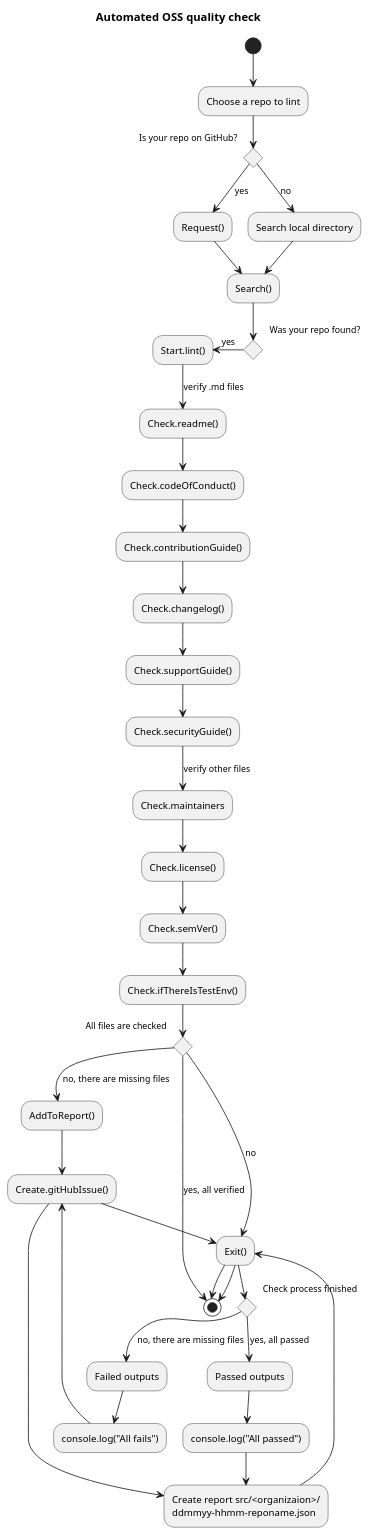
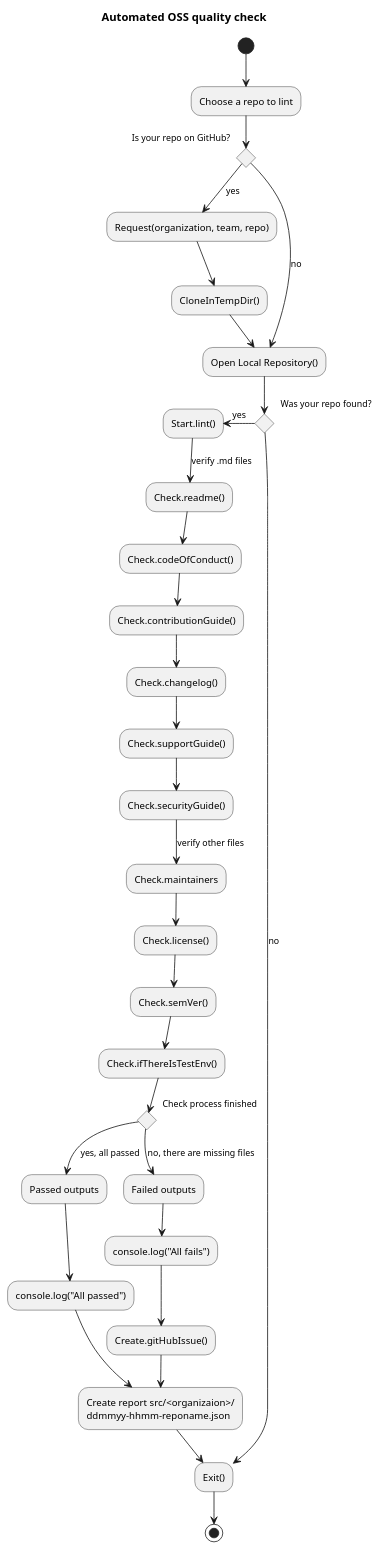
The diagram in diagrams/activity.puml (saucelabs/check-my-repo), drawn with PlantUML before and after one commit.

Commit message:
Adapt privious code to add new part

```diff
--- a/diagrams/activity.puml
+++ b/diagrams/activity.puml
@@ -1,51 +1,44 @@
 @startuml
 title Automated OSS quality check
 
 (*) --> "Choose a repo to lint"
 
 if "Is your repo on GitHub?" then
-  -->[yes] "Request()"
-  --> "Search()"
+  -->[yes] Request(organization, team, repo)
+  --> CloneInTempDir()
+  --> Open Local Repository()
   else
-    -->[no] "Search local directory"
-    --> "Search()"
+    -->[no] Open Local Repository()
 endif
 
 if "Was your repo found?" then
-  -left->[yes] "Start.lint()"
-    --> [verify .md files] "Check.readme()"
-    --> "Check.codeOfConduct()"
-    --> "Check.contributionGuide()"
-    --> "Check.changelog()"
-    --> "Check.supportGuide()"
-    --> "Check.securityGuide()"
-    --> [verify other files] "Check.maintainers"
-    --> "Check.license()"
-    --> "Check.semVer()"
-    --> "Check.ifThereIsTestEnv()"
-    if "All files are checked" then
-      -->[yes, all verified](*)
-      else
-      -->[no, there are missing files] "AddToReport()"
-      --> "Create.gitHubIssue()"
-      --> "Exit()"
+  -left->[yes] Start.lint()
+    --> [verify .md files] Check.readme()
+    --> Check.codeOfConduct()
+    --> Check.contributionGuide()
+    --> Check.changelog()
+    --> Check.supportGuide()
+    --> Check.securityGuide()
+    --> [verify other files] Check.maintainers
+    --> Check.license()
+    --> Check.semVer()
+    --> Check.ifThereIsTestEnv()
 
     if "Check process finished" then
       -->[yes, all passed] Passed outputs
       --> console.log("All passed")
       --> "Create report src/<organizaion>/
           ddmmyy-hhmm-reponame.json"
         else
           -->[no, there are missing files] Failed outputs
           --> console.log("All fails")
           --> Create.gitHubIssue()
           --> "Create report src/<organizaion>/
               ddmmyy-hhmm-reponame.json"
       --> Exit()
       -->(*)
-  endif
-else
-  -->[no] "Exit()"
-  -->(*)
+    endif
+  else
+    --> [no] Exit()
 endif
 @enduml
```
